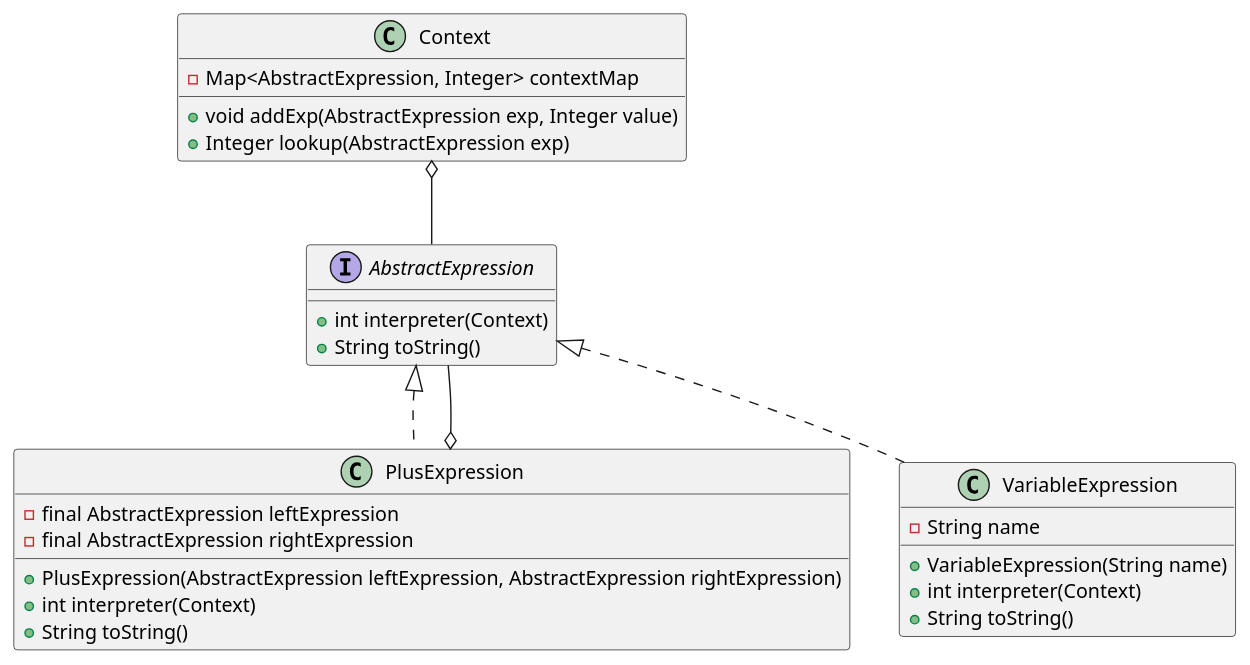
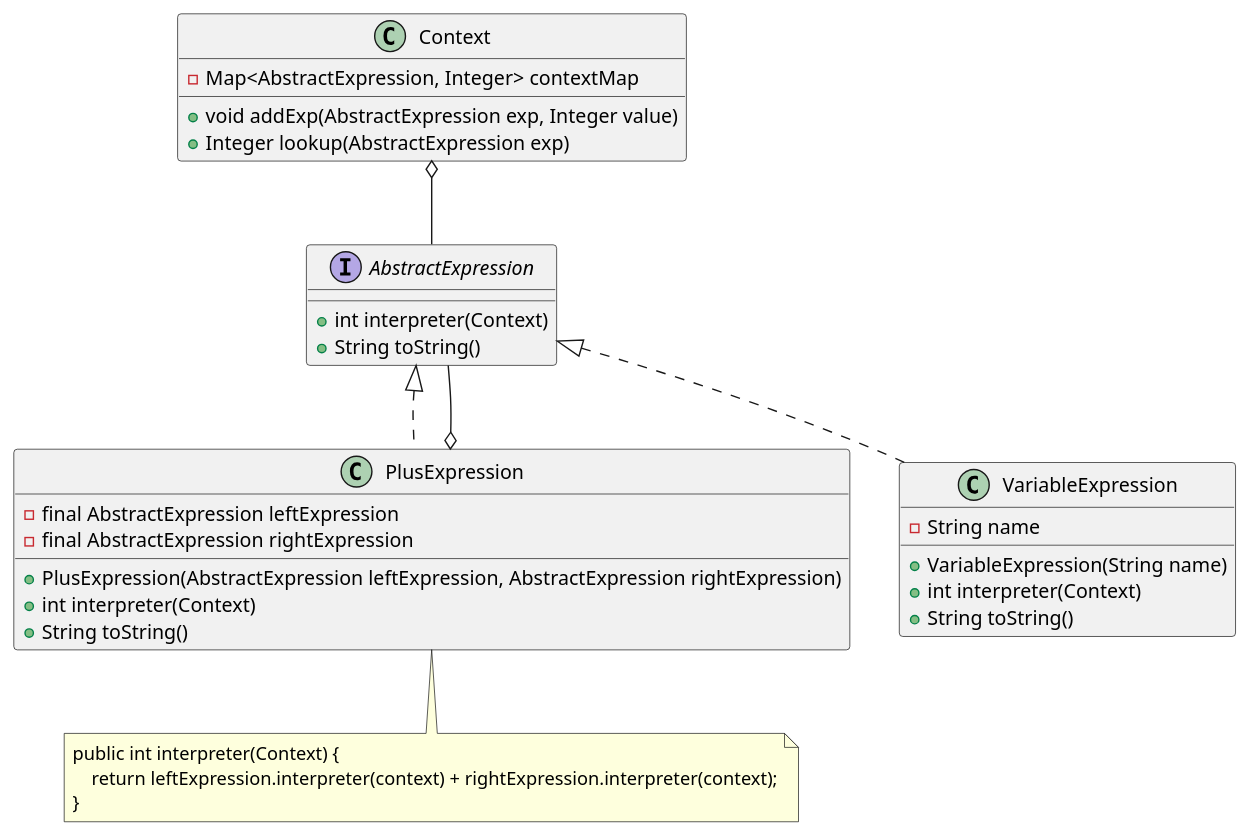
Before and after one commit to sunnyzhy/Design-pattern: the diagram in spring-cloud-design-pattern/behavior-interpreter-pattern/src/main/resources/static/diagram-demo.puml, drawn with PlantUML. The commit also changed 4 other files, not shown here.

```diff
--- a/spring-cloud-design-pattern/behavior-interpreter-pattern/src/main/resources/static/diagram-demo.puml
+++ b/spring-cloud-design-pattern/behavior-interpreter-pattern/src/main/resources/static/diagram-demo.puml
@@ -1,35 +1,43 @@
 @startuml
 
 Context o-- AbstractExpression
 PlusExpression o-- AbstractExpression
 
 interface AbstractExpression {
   +int interpreter(Context)
   +String toString()
 }
 
 class VariableExpression implements AbstractExpression {
   -String name
 
   +VariableExpression(String name)
   +int interpreter(Context)
   +String toString()
 }
 
 class PlusExpression implements AbstractExpression {
   -final AbstractExpression leftExpression
   -final AbstractExpression rightExpression
 
   +PlusExpression(AbstractExpression leftExpression, AbstractExpression rightExpression)
   +int interpreter(Context)
   +String toString()
 }
 
 class Context {
   -Map<AbstractExpression, Integer> contextMap
 
   +void addExp(AbstractExpression exp, Integer value)
   +Integer lookup(AbstractExpression exp)
 }
 
+note as N
+    public int interpreter(Context) {
+        return leftExpression.interpreter(context) + rightExpression.interpreter(context);
+    }
+end note
+
+PlusExpression .. N
+
 @enduml
```
